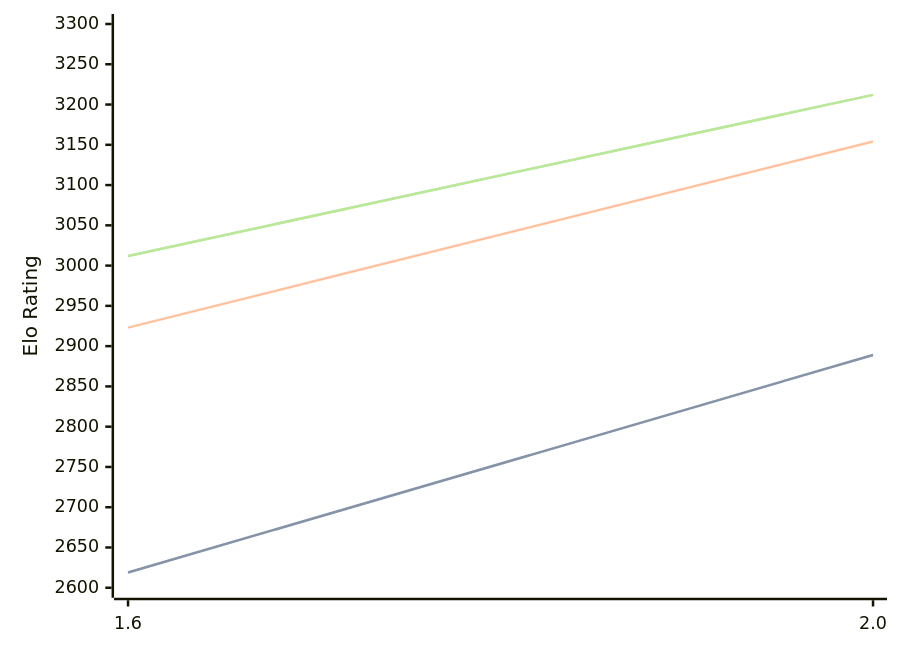
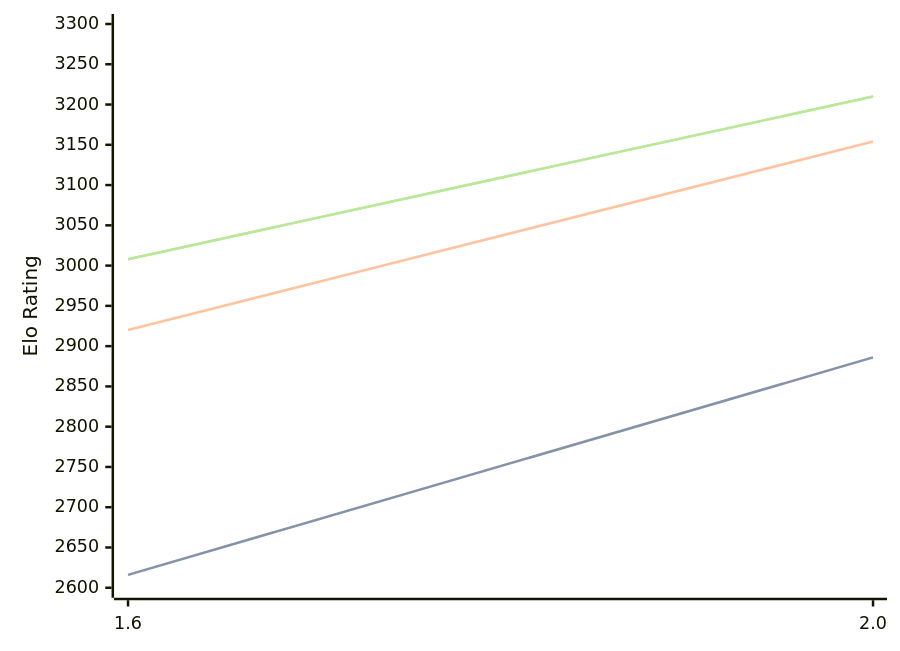
The diagram in engines/Onyx.md (computer-chess-index/cci), drawn with Mermaid before and after one commit. The commit also changed other lines of this file, not shown here.

Commit message:
Update CCI Ratings (ELO VLTC) - 2026-08-12

````diff
--- a/engines/Onyx.md
+++ b/engines/Onyx.md
@@ -32,11 +32,11 @@
 ```mermaid
 %%{init: {"theme":"base","themeVariables":{"seriesColors:['#a3a3a3','#222221','#faa371']}}}%%
 xychart-beta
   x-axis ["1.6", "2.0"]
   y-axis "Elo Rating" 2600 --> 3300
-  line "STC (8.0+0.08s)" [2619, 2889]
-  line "STC (8.0+0.08s)" [2619, 2889]
-  line "LTC (60.0+0.60s)" [2923, 3154]
-  line "VLTC (2m24s+1.12s)" [3012, 3212]
-  line "VLTC (2m24s+1.12s)" [3012, 3212]
+  line "STC (8.0+0.08s)" [2616, 2886]
+  line "STC (8.0+0.08s)" [2616, 2886]
+  line "LTC (60.0+0.60s)" [2920, 3154]
+  line "VLTC (2m24s+1.12s)" [3008, 3210]
+  line "VLTC (2m24s+1.12s)" [3008, 3210]
 ```
````
